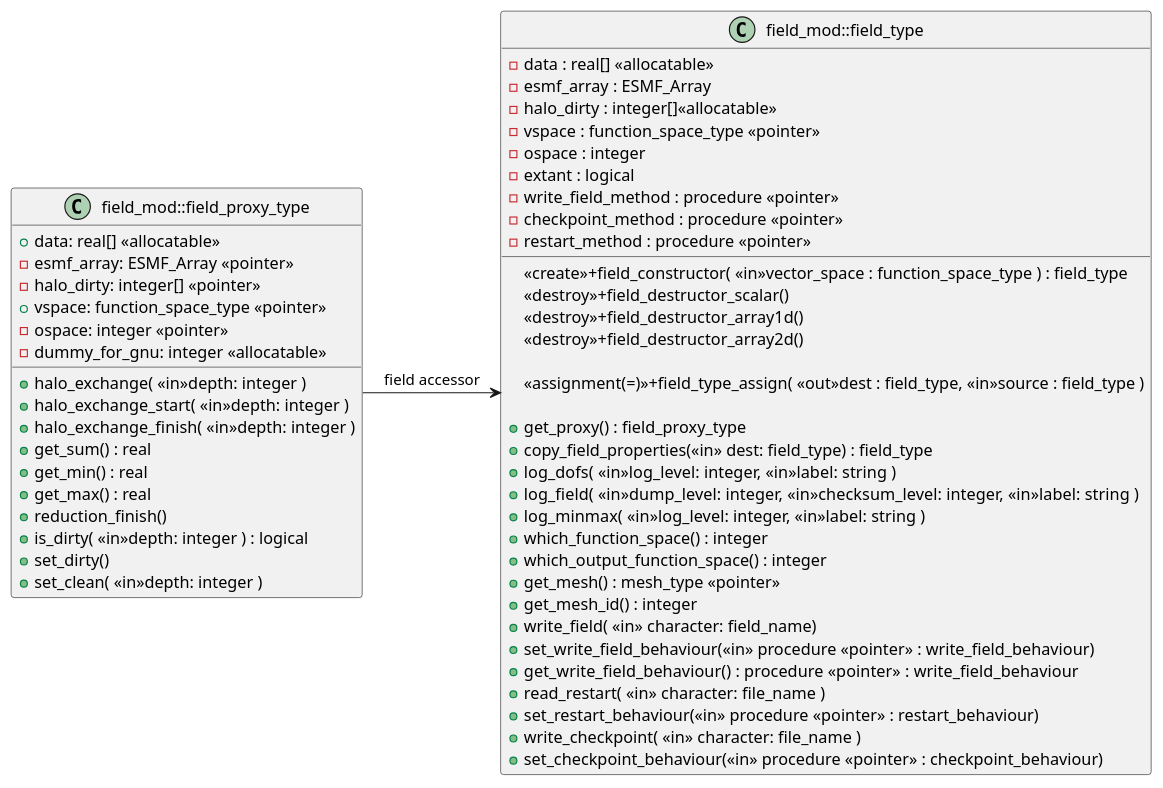
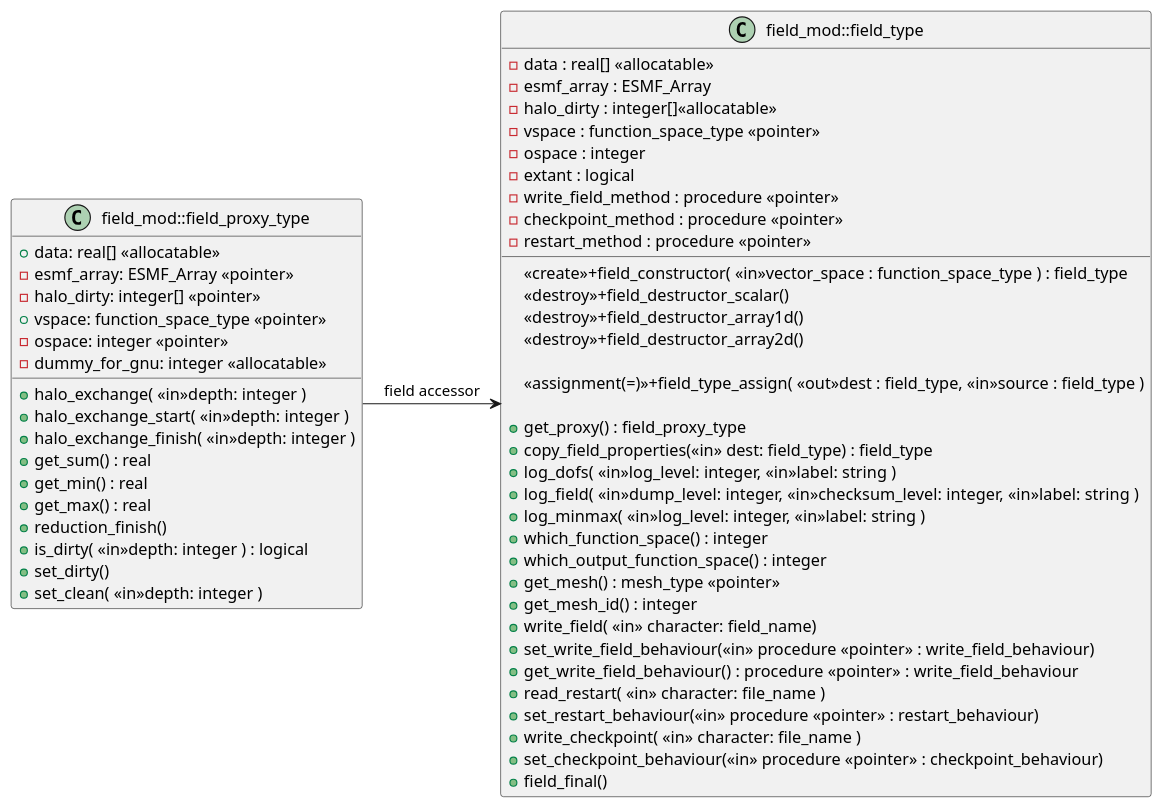
Before and after one commit to allynt/lfric_core: the diagram in gungho/documentation/uml/field/field_mod.iuml, drawn with PlantUML. The commit also changed 89 other files, not shown here.

```diff
--- a/gungho/documentation/uml/field/field_mod.iuml
+++ b/gungho/documentation/uml/field/field_mod.iuml
@@ -1,61 +1,61 @@
 ' Copyright (c) 2017,  Met Office, on behalf of HMSO and Queen's Printer
 ' For further details please refer to the file LICENCE.original which you
 ' should have received as part of this distribution.
 
 class field_mod::field_type {
   -data : real[] <<allocatable>>
   -esmf_array : ESMF_Array
   -halo_dirty : integer[]<<allocatable>>
   -vspace : function_space_type <<pointer>>
   -ospace : integer
   -extant : logical
   -write_field_method : procedure <<pointer>>
   -checkpoint_method : procedure <<pointer>>
   -restart_method : procedure <<pointer>>
-
   <<create>>+field_constructor( <<in>>vector_space : function_space_type ) : field_type
   <<destroy>>+field_destructor_scalar()
   <<destroy>>+field_destructor_array1d()
   <<destroy>>+field_destructor_array2d()
 
   <<assignment(=)>>+field_type_assign( <<out>>dest : field_type, <<in>>source : field_type )
 
   +get_proxy() : field_proxy_type
   +copy_field_properties(<<in>> dest: field_type) : field_type
   +log_dofs( <<in>>log_level: integer, <<in>>label: string )
   +log_field( <<in>>dump_level: integer, <<in>>checksum_level: integer, <<in>>label: string )
   +log_minmax( <<in>>log_level: integer, <<in>>label: string )
   +which_function_space() : integer
   +which_output_function_space() : integer
   +get_mesh() : mesh_type <<pointer>>
   +get_mesh_id() : integer
   +write_field( <<in>> character: field_name)
   +set_write_field_behaviour(<<in>> procedure <<pointer>> : write_field_behaviour)
   +get_write_field_behaviour() :  procedure <<pointer>> : write_field_behaviour
   +read_restart( <<in>> character: file_name )
   +set_restart_behaviour(<<in>> procedure <<pointer>> : restart_behaviour)
   +write_checkpoint( <<in>> character: file_name )
   +set_checkpoint_behaviour(<<in>> procedure <<pointer>> : checkpoint_behaviour)
+  +field_final()
 }
 
 class field_mod::field_proxy_type {
   +data: real[] <<allocatable>>
   -esmf_array: ESMF_Array <<pointer>>
   -halo_dirty: integer[] <<pointer>>
   +vspace: function_space_type <<pointer>>
   -ospace: integer <<pointer>>
   -dummy_for_gnu: integer <<allocatable>>
 
   +halo_exchange( <<in>>depth: integer )
   +halo_exchange_start( <<in>>depth: integer )
   +halo_exchange_finish( <<in>>depth: integer )
   +get_sum() : real
   +get_min() : real
   +get_max() : real
   +reduction_finish()
   +is_dirty( <<in>>depth: integer ) : logical
   +set_dirty()
   +set_clean( <<in>>depth: integer )
 }
 
 field_mod::field_proxy_type -> field_mod::field_type : field accessor
```
